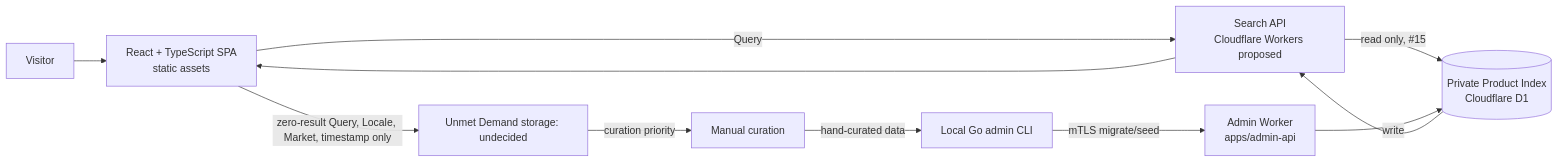
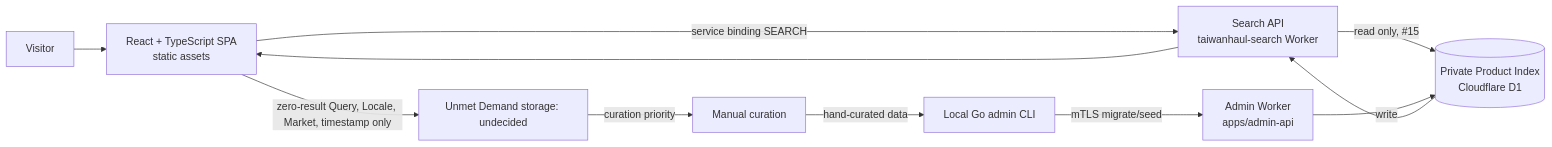
The second of 2 diagrams in docs/architecture.md (iskWang/taiwanhaul), drawn with Mermaid before and after one commit. The commit also changed other lines of this file and 5 other files, not shown here.

First line of the commit message:
feat(search-api): deploy Search API as service-bound Worker (#24) (#29)

````diff
--- a/docs/architecture.md
+++ b/docs/architecture.md
@@ -77,13 +77,13 @@
 ```mermaid
 flowchart LR
   Visitor --> SPA["React + TypeScript SPA<br/>static assets"]
-  SPA -->|Query| API["Search API<br/>Cloudflare Workers proposed"]
+  SPA -->|service binding SEARCH| API["Search API<br/>taiwanhaul-search Worker"]
   API -->|read only, #15| Index[("Private Product Index<br/>Cloudflare D1")]
   Index --> API
   API --> SPA
   Curator["Manual curation"] -->|hand-curated data| CLI["Local Go admin CLI"]
   CLI -->|mTLS migrate/seed| Admin["Admin Worker<br/>apps/admin-api"]
   Admin -->|write| Index
   SPA -->|zero-result Query, Locale, Market, timestamp only| Demand["Unmet Demand storage: undecided"]
   Demand -->|curation priority| Curator
 ```
````
